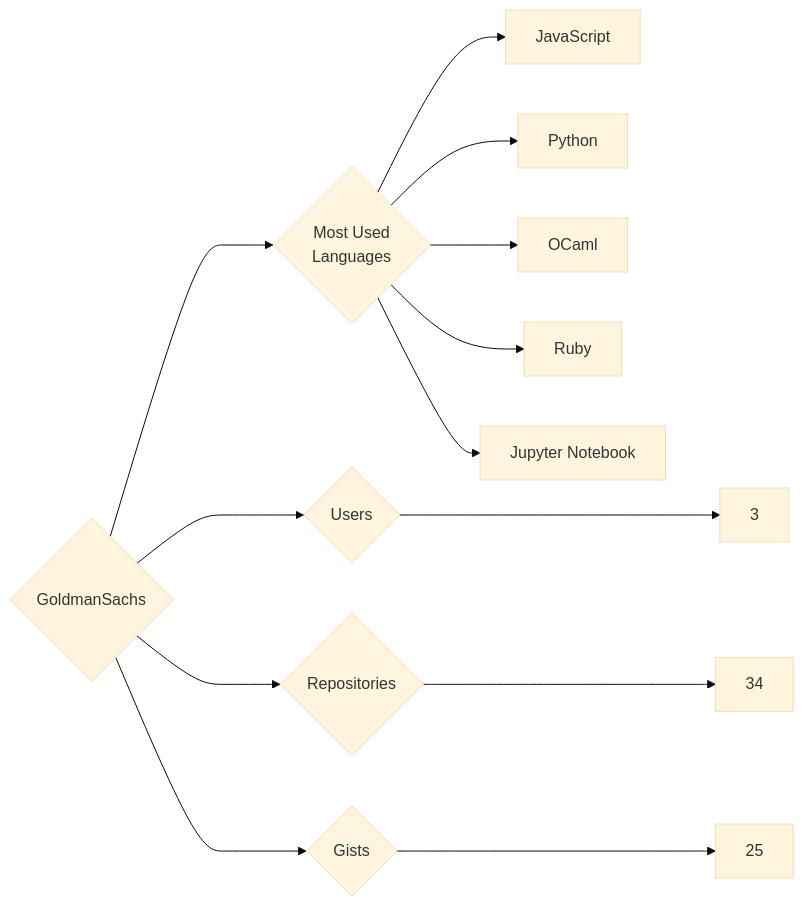
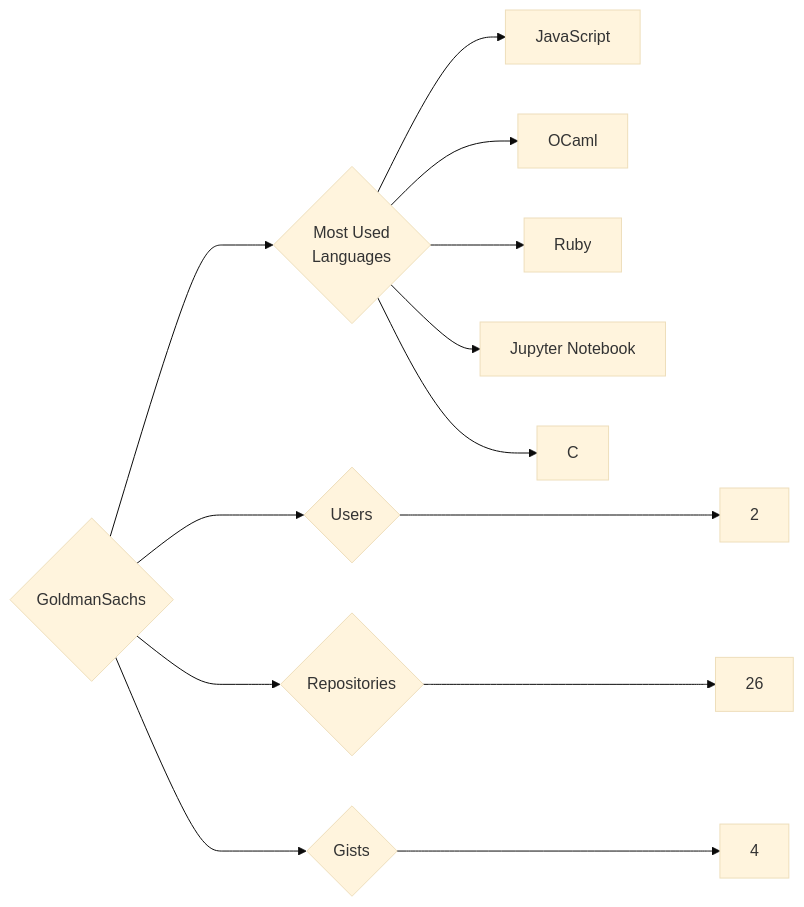
Before and after one commit to trickest/insiders: the diagram in targets/GoldmanSachs/README.md, drawn with Mermaid (base theme). The commit also changed 944 other files, not shown here.

````diff
--- a/targets/GoldmanSachs/README.md
+++ b/targets/GoldmanSachs/README.md
@@ -3,13 +3,13 @@
 ```mermaid
 graph LR
 COMPANY_NAME{GoldmanSachs}
-COMPANY_NAME ---> U{Users} ---> UN[3]
-COMPANY_NAME ---> R{Repositories} ---> RN[34]
-COMPANY_NAME ---> G{Gists} ---> GN[25]
+COMPANY_NAME ---> U{Users} ---> UN[2]
+COMPANY_NAME ---> R{Repositories} ---> RN[26]
+COMPANY_NAME ---> G{Gists} ---> GN[4]
 COMPANY_NAME ---> ML{Most Used<br>Languages}
 ML --> JavaScript[JavaScript]
-ML --> Python[Python]
 ML --> OCaml[OCaml]
 ML --> Ruby[Ruby]
 ML --> Jupyter_Notebook[Jupyter Notebook]
+ML --> C[C]
 ```
````
